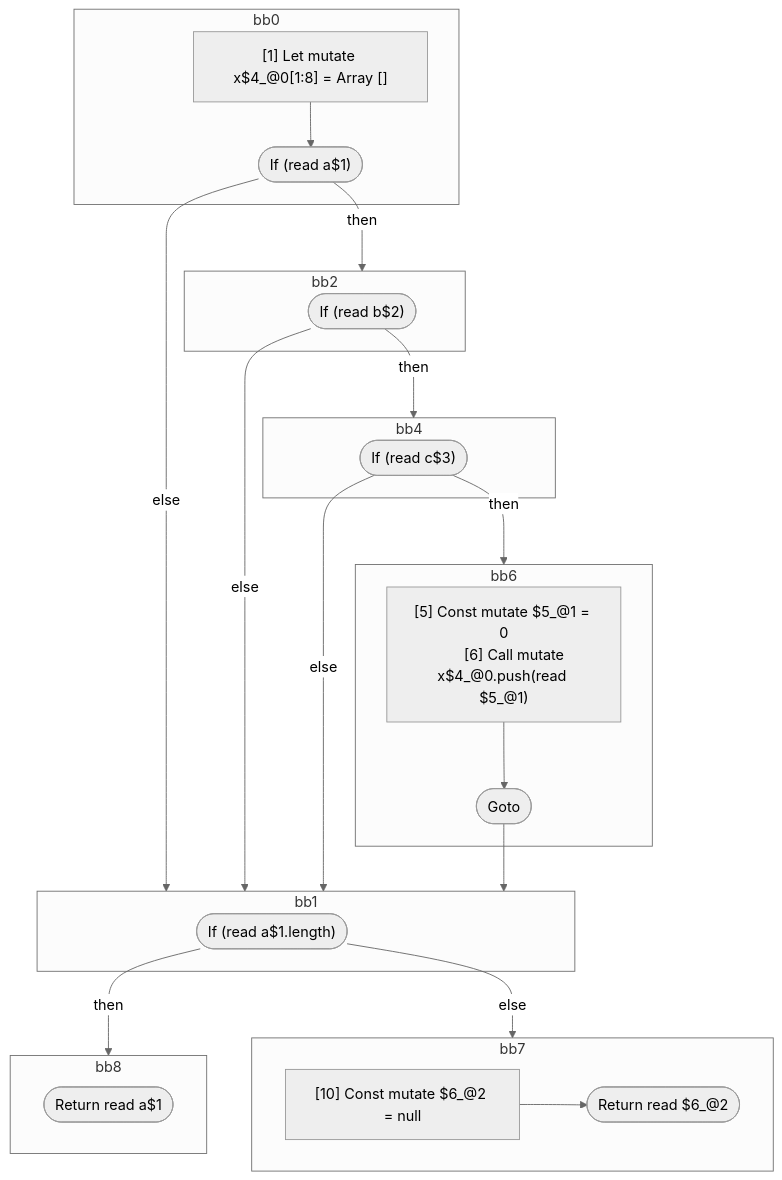
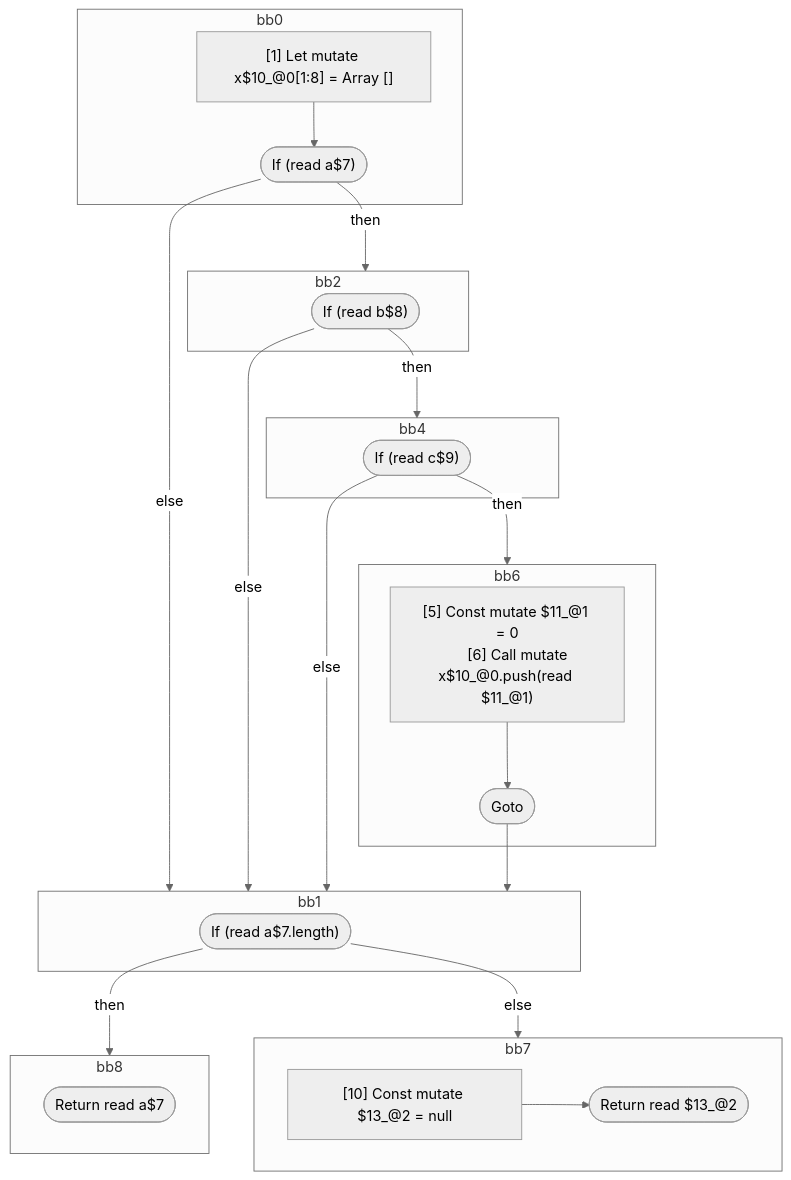
Before and after one commit to wutsmog/private: the diagram in compiler/forget/src/__tests__/fixtures/hir/extend-scopes-if.expect.md, drawn with Mermaid (neutral theme). The commit also changed other lines of this file and 59 other files, not shown here.

````diff
--- a/compiler/forget/src/__tests__/fixtures/hir/extend-scopes-if.expect.md
+++ b/compiler/forget/src/__tests__/fixtures/hir/extend-scopes-if.expect.md
@@ -53,47 +53,47 @@
 ```mermaid
 flowchart TB
   %% Basic Blocks
   subgraph bb0
     bb0_instrs["
-      [1] Let mutate x$4_@0[1:8] = Array []
+      [1] Let mutate x$10_@0[1:8] = Array []
     "]
-    bb0_instrs --> bb0_terminal(["If (read a$1)"])
+    bb0_instrs --> bb0_terminal(["If (read a$7)"])
   end
   subgraph bb2
-    bb2_terminal(["If (read b$2)"])
+    bb2_terminal(["If (read b$8)"])
   end
   subgraph bb4
-    bb4_terminal(["If (read c$3)"])
+    bb4_terminal(["If (read c$9)"])
   end
   subgraph bb6
     bb6_instrs["
-      [5] Const mutate $5_@1 = 0
-      [6] Call mutate x$4_@0.push(read $5_@1)
+      [5] Const mutate $11_@1 = 0
+      [6] Call mutate x$10_@0.push(read $11_@1)
     "]
     bb6_instrs --> bb6_terminal(["Goto"])
   end
   subgraph bb1
-    bb1_terminal(["If (read a$1.length)"])
+    bb1_terminal(["If (read a$7.length)"])
   end
   subgraph bb8
-    bb8_terminal(["Return read a$1"])
+    bb8_terminal(["Return read a$7"])
   end
   subgraph bb7
     bb7_instrs["
-      [10] Const mutate $6_@2 = null
+      [10] Const mutate $13_@2 = null
     "]
-    bb7_instrs --> bb7_terminal(["Return read $6_@2"])
+    bb7_instrs --> bb7_terminal(["Return read $13_@2"])
   end
 
   %% Jumps
   bb0_terminal -- "then" --> bb2
   bb0_terminal -- "else" --> bb1
   bb2_terminal -- "then" --> bb4
   bb2_terminal -- "else" --> bb1
   bb4_terminal -- "then" --> bb6
   bb4_terminal -- "else" --> bb1
   bb6_terminal --> bb1
   bb1_terminal -- "then" --> bb8
   bb1_terminal -- "else" --> bb7
 
 ```
````
